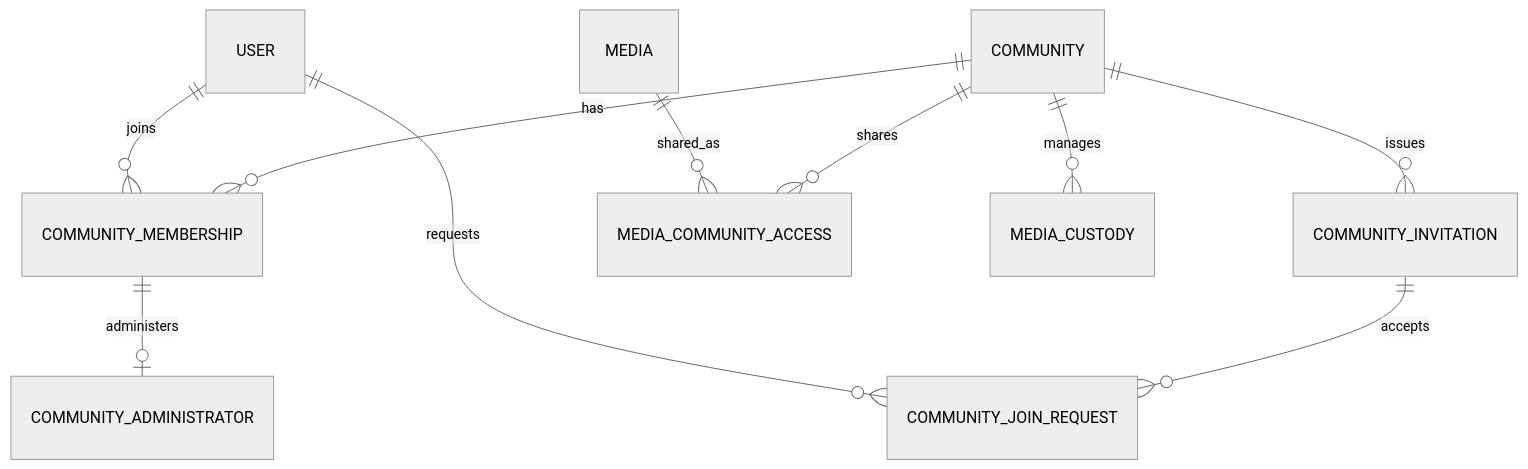
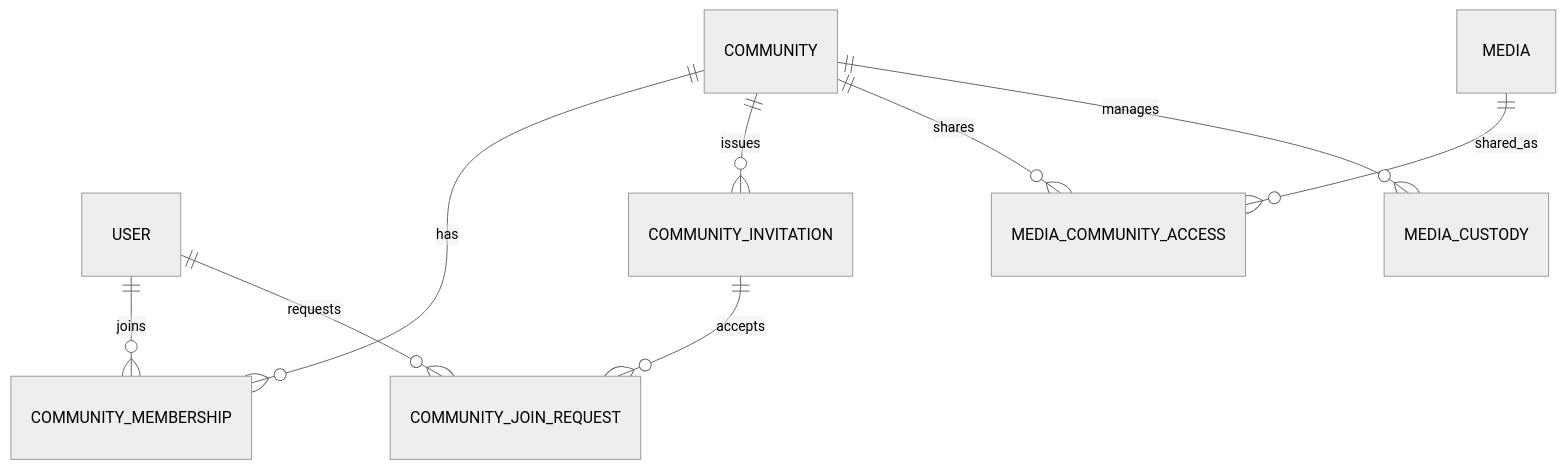
Before and after one commit to hazuki3417/memoria-design: the diagram in content/community/data-model.mdx, drawn with Mermaid (neutral theme). The commit also changed other lines of this file, not shown here.

Commit message:
docs: align community roles with v5 baseline

````diff
--- a/content/community/data-model.mdx
+++ b/content/community/data-model.mdx
@@ -11,12 +11,11 @@
 ```mermaid
 erDiagram
   COMMUNITY ||--o{ COMMUNITY_MEMBERSHIP : has
   USER ||--o{ COMMUNITY_MEMBERSHIP : joins
-  COMMUNITY_MEMBERSHIP ||--o| COMMUNITY_ADMINISTRATOR : administers
   COMMUNITY ||--o{ COMMUNITY_INVITATION : issues
   COMMUNITY_INVITATION ||--o{ COMMUNITY_JOIN_REQUEST : accepts
   USER ||--o{ COMMUNITY_JOIN_REQUEST : requests
   COMMUNITY ||--o{ MEDIA_COMMUNITY_ACCESS : shares
   MEDIA ||--o{ MEDIA_COMMUNITY_ACCESS : shared_as
   COMMUNITY ||--o{ MEDIA_CUSTODY : manages
 ```
````
